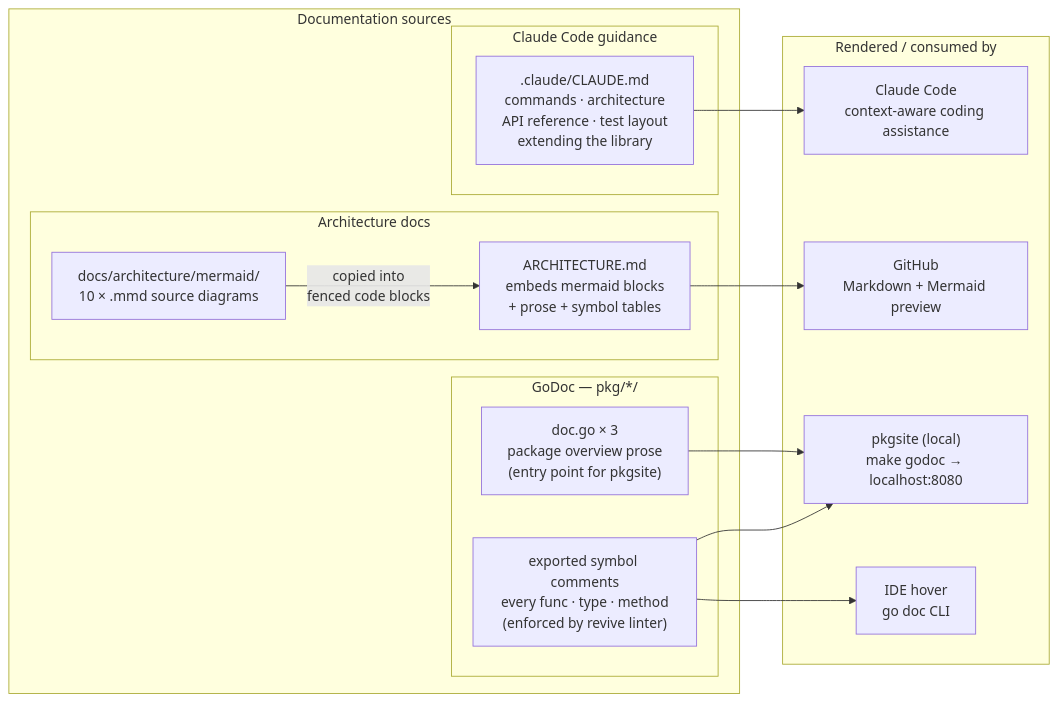
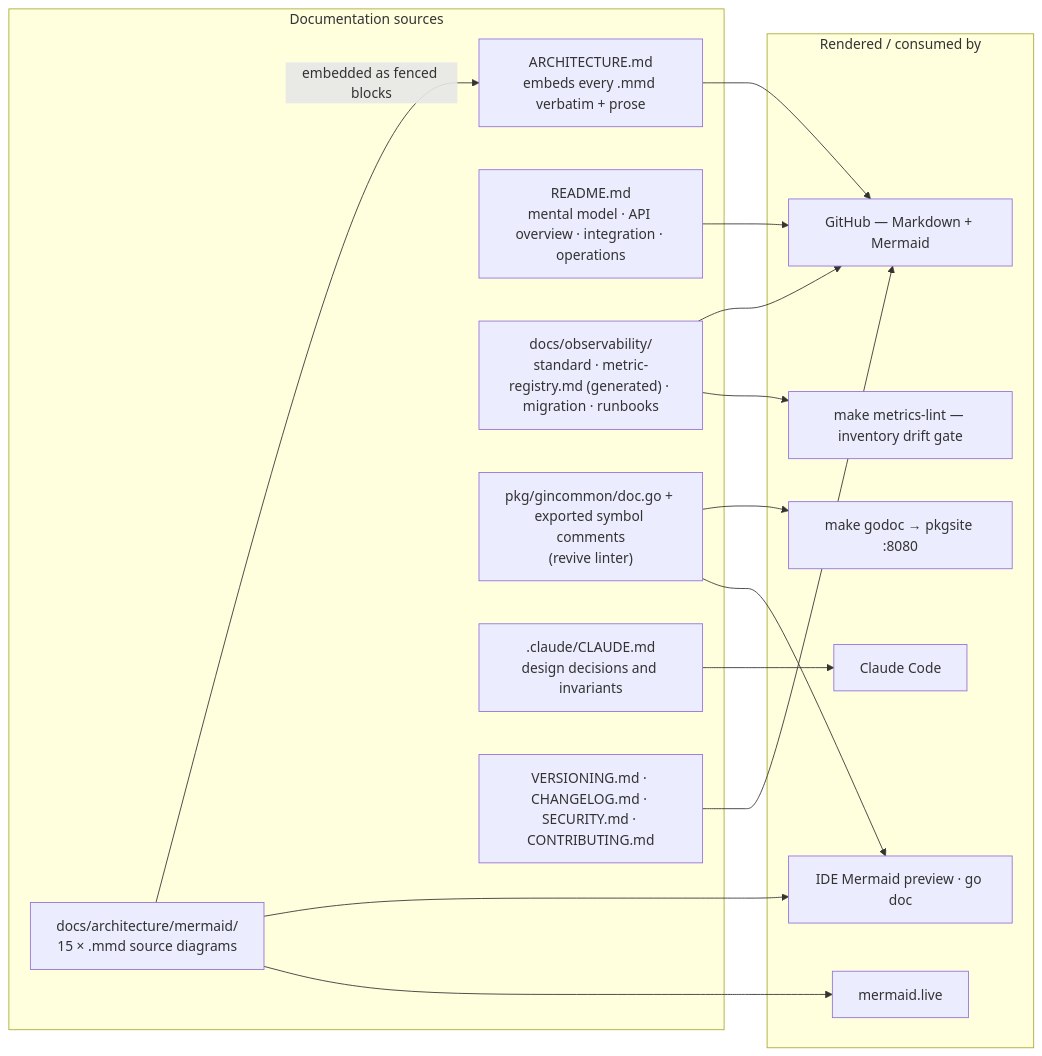
Before and after one commit to BCBP-SOLUTIONS-FZC-LLC/platform-gincommon: the diagram in docs/architecture/mermaid/documentation-assets.mmd, drawn with Mermaid. The commit also changed 198 other files, not shown here.

First line of the commit message:
feat!: v1.4.0 — Enterprise Platform Observability Standard + production hardening (#30)

```diff
--- a/docs/architecture/mermaid/documentation-assets.mmd
+++ b/docs/architecture/mermaid/documentation-assets.mmd
@@ -1,30 +1,31 @@
 graph LR
     subgraph sources["Documentation sources"]
-        subgraph godoc_src["GoDoc  —  pkg/*/"]
-            doc_go["doc.go × 3\npackage overview prose\n(entry point for pkgsite)"]
-            sym["exported symbol comments\nevery func · type · method\n(enforced by revive linter)"]
-        end
-
-        subgraph arch_src["Architecture docs"]
-            mmd_files["docs/architecture/mermaid/\n10 × .mmd source diagrams"]
-            arch_md["ARCHITECTURE.md\nembeds mermaid blocks\n+ prose + symbol tables"]
-        end
-
-        subgraph claude_src["Claude Code guidance"]
-            claude_md[".claude/CLAUDE.md\ncommands · architecture\nAPI reference · test layout\nextending the library"]
-        end
+        mmd["docs/architecture/mermaid/<br/>15 × .mmd source diagrams"]
+        arch["ARCHITECTURE.md<br/>embeds every .mmd verbatim + prose"]
+        readme["README.md<br/>mental model · API overview · integration · operations"]
+        obsdocs["docs/observability/<br/>standard · metric-registry.md (generated) · migration · runbooks"]
+        godoc["pkg/gincommon/doc.go + exported symbol comments<br/>(revive linter)"]
+        claude[".claude/CLAUDE.md<br/>design decisions and invariants"]
+        policy["VERSIONING.md · CHANGELOG.md · SECURITY.md · CONTRIBUTING.md"]
     end
 
     subgraph rendered["Rendered / consumed by"]
-        pkgsite["pkgsite (local)\nmake godoc → localhost:8080"]
-        github_md["GitHub\nMarkdown + Mermaid preview"]
-        ide["IDE hover\ngo doc CLI"]
-        claude_ai["Claude Code\ncontext-aware coding assistance"]
+        github["GitHub — Markdown + Mermaid"]
+        ide["IDE Mermaid preview · go doc"]
+        live["mermaid.live"]
+        pkgsite["make godoc → pkgsite :8080"]
+        claude_ai["Claude Code"]
+        lint["make metrics-lint — inventory drift gate"]
     end
 
-    doc_go  --> pkgsite
-    sym     --> pkgsite
-    sym     --> ide
-    mmd_files -->|"copied into\nfenced code blocks"| arch_md
-    arch_md --> github_md
-    claude_md --> claude_ai
+    mmd -->|"embedded as fenced blocks"| arch
+    arch --> github
+    mmd --> ide
+    mmd --> live
+    readme --> github
+    obsdocs --> github
+    obsdocs --> lint
+    godoc --> pkgsite
+    godoc --> ide
+    claude --> claude_ai
+    policy --> github
```
